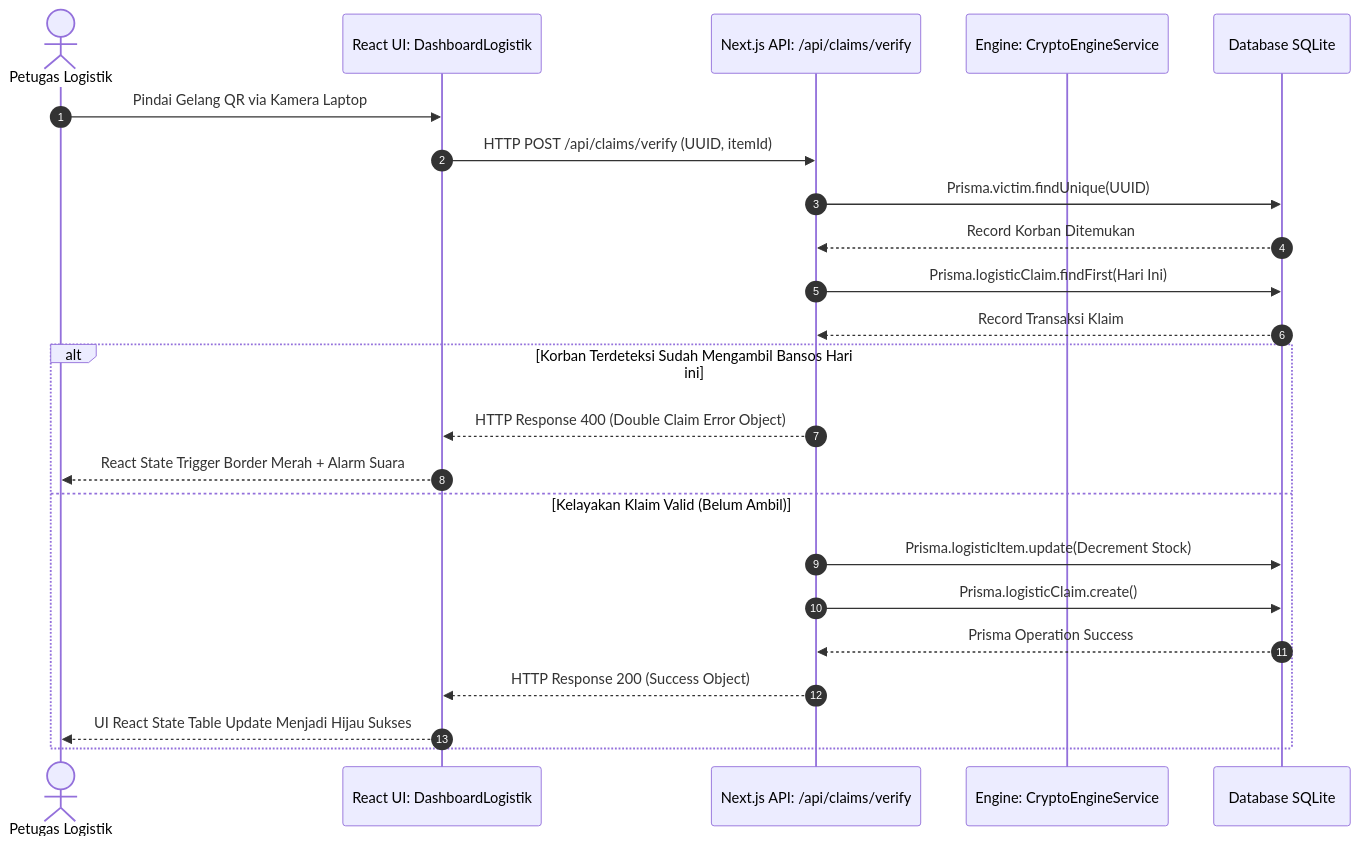
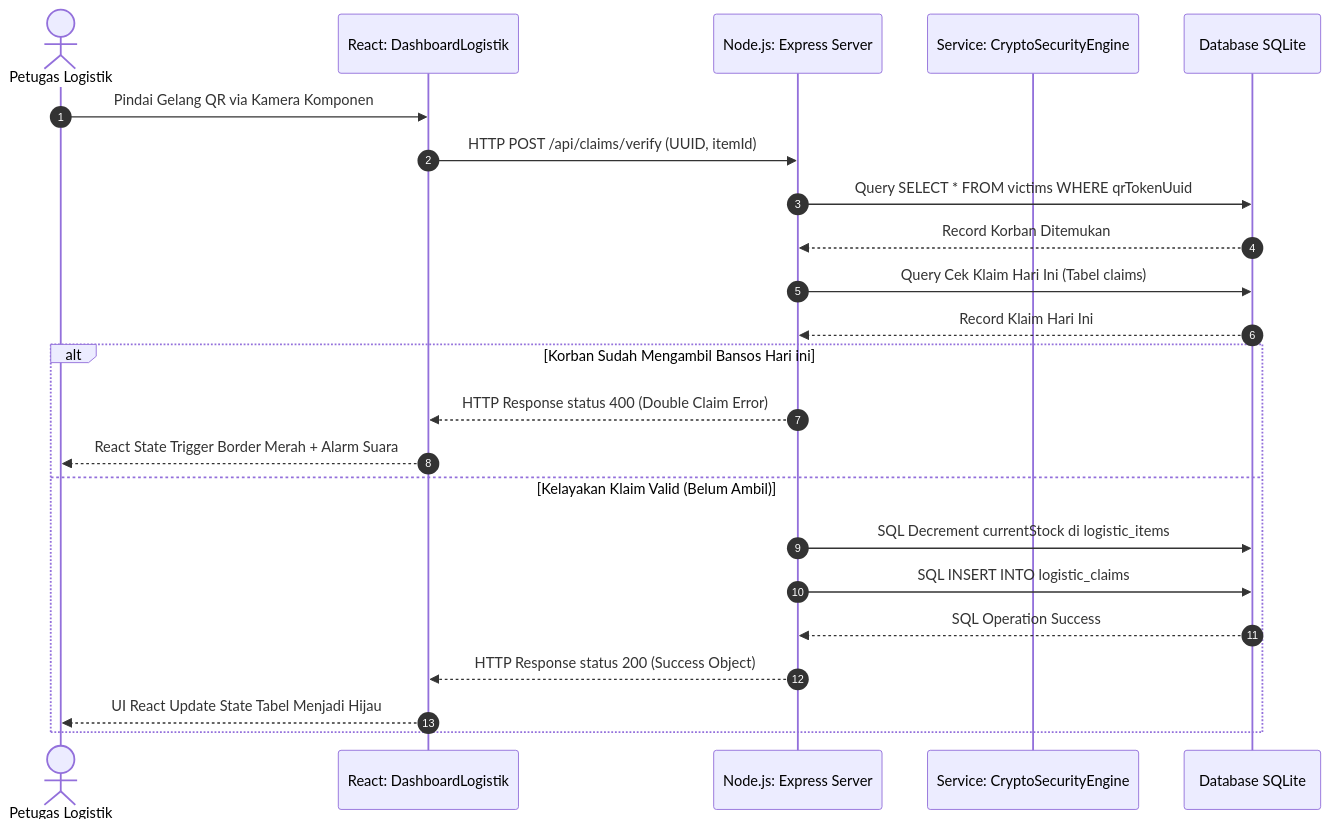
The sixth of 8 diagrams in README.md (Mubax5/FITComp), drawn with Mermaid before and after one commit. The commit also changed other lines of this file, not shown here.

````diff
--- a/README.md
+++ b/README.md
@@ -939,27 +1005,27 @@
 ```mermaid
 sequenceDiagram
     autonumber
     actor L as Petugas Logistik
-    participant V as React UI: DashboardLogistik
-    participant S as Next.js API: /api/claims/verify
-    participant R as Engine: CryptoEngineService
+    participant V as React: DashboardLogistik
+    participant S as Node.js: Express Server
+    participant R as Service: CryptoSecurityEngine
     participant DB as Database SQLite
 
-    L->>V: Pindai Gelang QR via Kamera Laptop
+    L->>V: Pindai Gelang QR via Kamera Komponen
     V->>S: HTTP POST /api/claims/verify (UUID, itemId)
-    S->>DB: Prisma.victim.findUnique(UUID)
+    S->>DB: Query SELECT * FROM victims WHERE qrTokenUuid
     DB-->>S: Record Korban Ditemukan
-    S->>DB: Prisma.logisticClaim.findFirst(Hari Ini)
-    DB-->>S: Record Transaksi Klaim
-    alt Korban Terdeteksi Sudah Mengambil Bansos Hari ini
-        S-->>V: HTTP Response 400 (Double Claim Error Object)
+    S->>DB: Query Cek Klaim Hari Ini (Tabel claims)
+    DB-->>S: Record Klaim Hari Ini
+    alt Korban Sudah Mengambil Bansos Hari ini
+        S-->>V: HTTP Response status 400 (Double Claim Error)
         V-->>L: React State Trigger Border Merah + Alarm Suara
     else Kelayakan Klaim Valid (Belum Ambil)
-        S->>DB: Prisma.logisticItem.update(Decrement Stock)
-        S->>DB: Prisma.logisticClaim.create()
-        DB-->>S: Prisma Operation Success
-        S-->>V: HTTP Response 200 (Success Object)
-        V-->>L: UI React State Table Update Menjadi Hijau Sukses
+        S->>DB: SQL Decrement currentStock di logistic_items
+        S->>DB: SQL INSERT INTO logistic_claims
+        DB-->>S: SQL Operation Success
+        S-->>V: HTTP Response status 200 (Success Object)
+        V-->>L: UI React Update State Tabel Menjadi Hijau
     end
 
 ```
````
